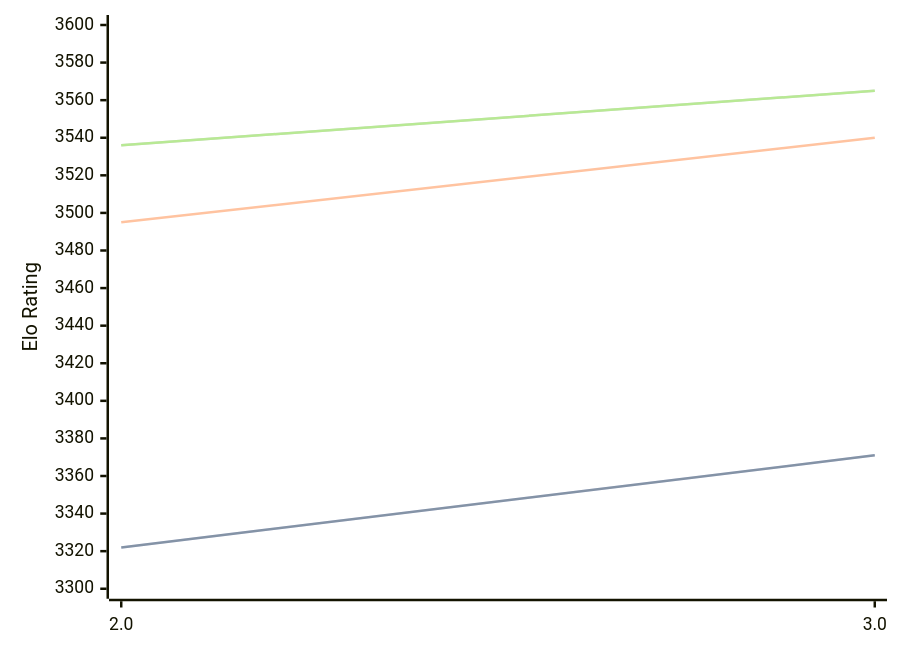
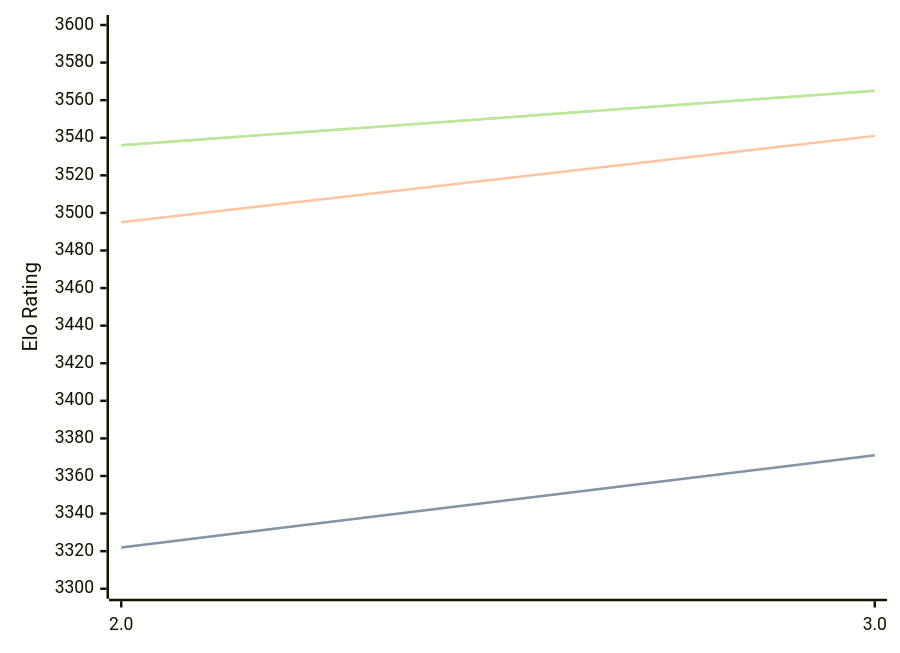
The diagram in engines/Quanticade.md (computer-chess-index/cci), drawn with Mermaid before and after one commit. The commit also changed other lines of this file, not shown here.

````diff
--- a/engines/Quanticade.md
+++ b/engines/Quanticade.md
@@ -41,11 +41,11 @@
 ```mermaid
 %%{init: {"theme":"base","themeVariables":{"seriesColors:['#a3a3a3','#222221','#faa371']}}}%%
 xychart-beta
   x-axis ["2.0", "3.0"]
   y-axis "Elo Rating" 3300 --> 3600
   line "STC (8.0+0.08s)" [3322, 3371]
   line "STC (8.0+0.08s)" [3322, 3371]
-  line "LTC (60.0+0.60s)" [3495, 3540]
+  line "LTC (60.0+0.60s)" [3495, 3541]
   line "VLTC (2m24s+1.12s)" [3536, 3565]
   line "VLTC (2m24s+1.12s)" [3536, 3565]
 ```
````
